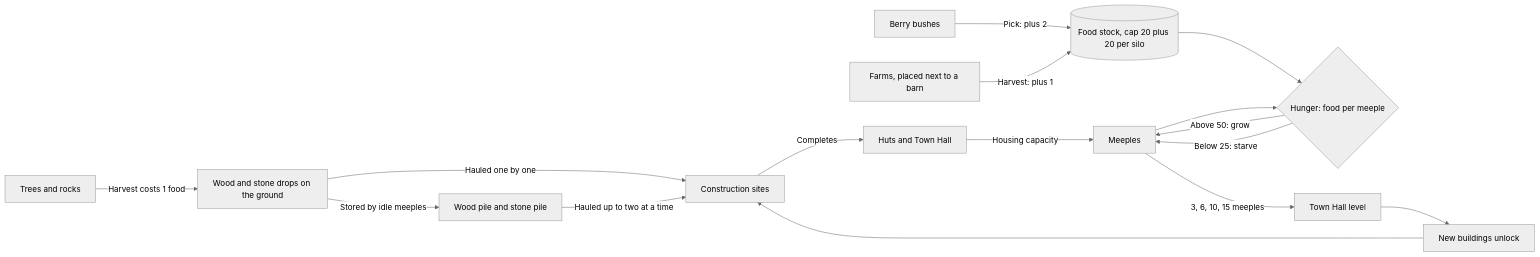
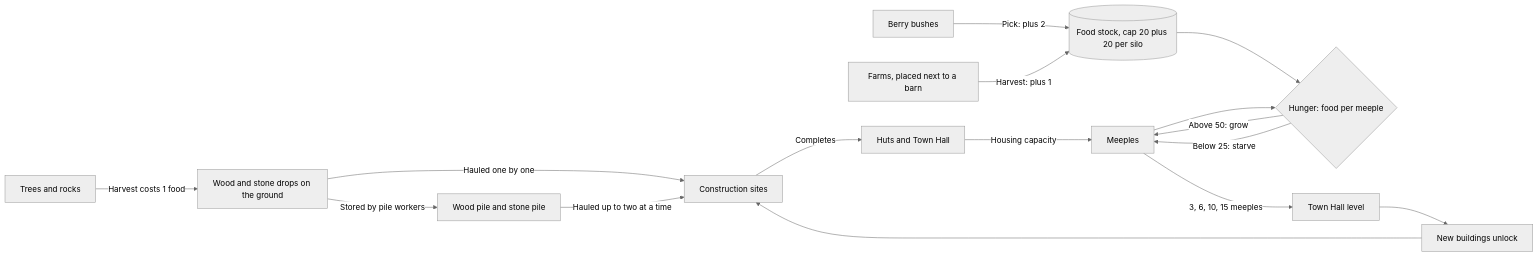
Before and after one commit to Liam-M-Mays/game-jam-2026: the second of 10 diagrams in docs/architecture.md, drawn with Mermaid (neutral theme). The commit also changed other lines of this file and 20 other files, not shown here.

````diff
--- a/docs/architecture.md
+++ b/docs/architecture.md
@@ -98,31 +98,31 @@
 ```mermaid
 flowchart LR
     tree["Trees and rocks"]
     bush["Berry bushes"]
     farm["Farms, placed next to a barn"]
     drops["Wood and stone drops on the ground"]
     piles["Wood pile and stone pile"]
     site["Construction sites"]
     huts["Huts and Town Hall"]
     food[("Food stock, cap 20 plus 20 per silo")]
     hunger{"Hunger: food per meeple"}
     meeples["Meeples"]
     hall["Town Hall level"]
     unlocks["New buildings unlock"]
 
     tree -->|"Harvest costs 1 food"| drops
     drops -->|"Hauled one by one"| site
-    drops -->|"Stored by idle meeples"| piles
+    drops -->|"Stored by pile workers"| piles
     piles -->|"Hauled up to two at a time"| site
     site -->|"Completes"| huts
     bush -->|"Pick: plus 2"| food
     farm -->|"Harvest: plus 1"| food
     food --> hunger
     meeples --> hunger
     hunger -->|"Above 50: grow"| meeples
     hunger -->|"Below 25: starve"| meeples
     huts -->|"Housing capacity"| meeples
     meeples -->|"3, 6, 10, 15 meeples"| hall
     hall --> unlocks
     unlocks --> site
 ```
````
